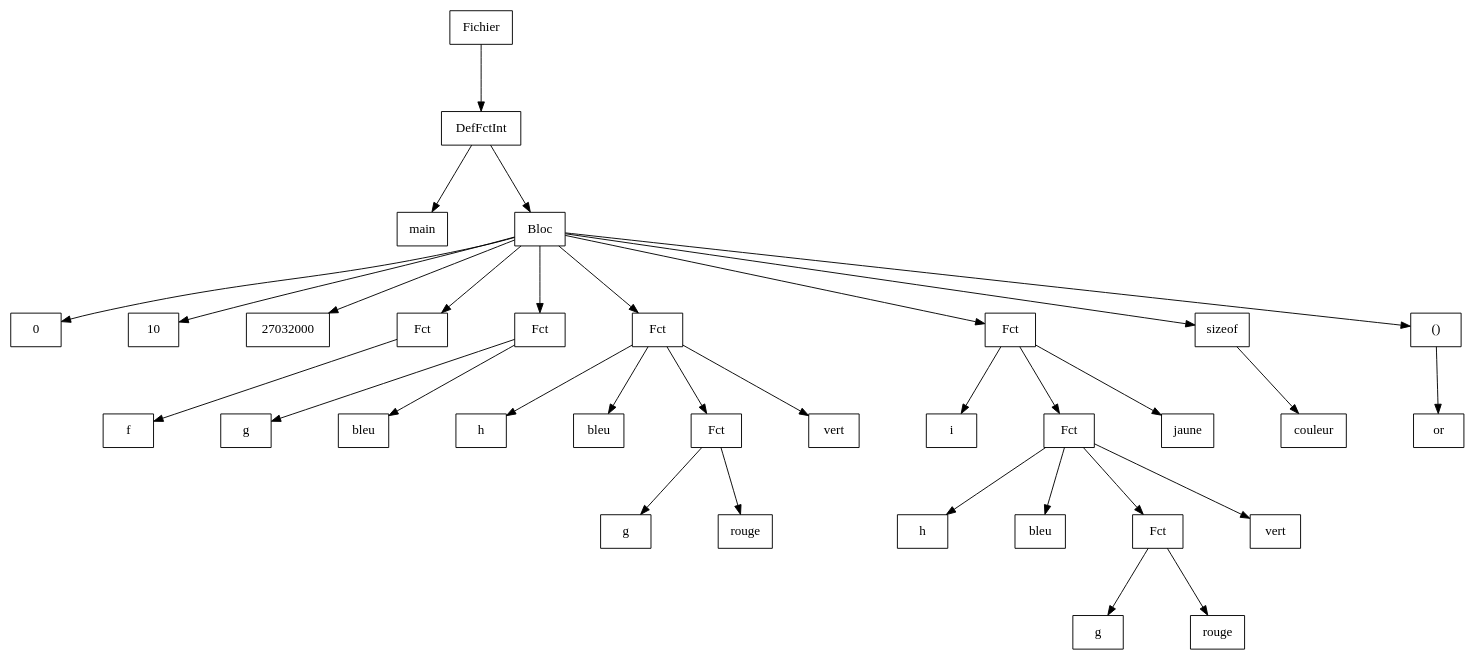
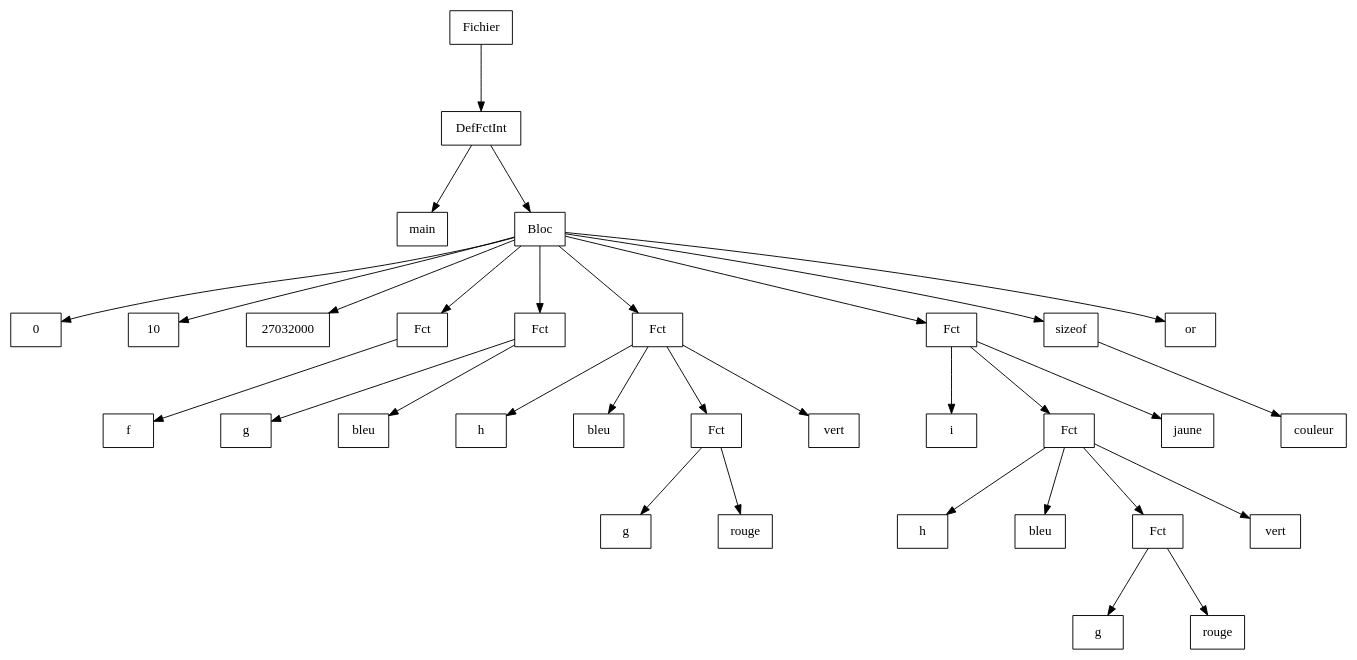
One commit to Hamza-ABDOULHOUSSEN/compil changed the diagram in Code/out/ast/dot/Test_Unaire/value.dot. Above: the diagram before and after it, drawn with Graphviz. The commit also changed 11 other files, not shown here.

```diff
--- a/Code/out/ast/dot/Test_Unaire/value.dot
+++ b/Code/out/ast/dot/Test_Unaire/value.dot
@@ -1,72 +1,70 @@
 digraph "ast"{
 
 	nodesep=1;
 	ranksep=1;
 
 	N0 [label="Fichier", shape="box"];
 	N1 [label="DefFctInt", shape="box"];
 	N2 [label="main", shape="box"];
 	N3 [label="Bloc", shape="box"];
 	N4 [label="0", shape="box"];
 	N5 [label="10", shape="box"];
 	N6 [label="27032000", shape="box"];
 	N7 [label="Fct", shape="box"];
 	N8 [label="f", shape="box"];
 	N9 [label="Fct", shape="box"];
 	N10 [label="g", shape="box"];
 	N11 [label="bleu", shape="box"];
 	N12 [label="Fct", shape="box"];
 	N13 [label="h", shape="box"];
 	N14 [label="bleu", shape="box"];
 	N15 [label="Fct", shape="box"];
 	N16 [label="g", shape="box"];
 	N17 [label="rouge", shape="box"];
 	N18 [label="vert", shape="box"];
 	N19 [label="Fct", shape="box"];
 	N20 [label="i", shape="box"];
 	N21 [label="Fct", shape="box"];
 	N22 [label="h", shape="box"];
 	N23 [label="bleu", shape="box"];
 	N24 [label="Fct", shape="box"];
 	N25 [label="g", shape="box"];
 	N26 [label="rouge", shape="box"];
 	N27 [label="vert", shape="box"];
 	N28 [label="jaune", shape="box"];
 	N29 [label="sizeof", shape="box"];
 	N30 [label="couleur", shape="box"];
-	N31 [label="()", shape="box"];
-	N32 [label="or", shape="box"];
+	N31 [label="or", shape="box"];
 
 	N1 -> N2; 
 	N3 -> N4; 
 	N3 -> N5; 
 	N3 -> N6; 
 	N7 -> N8; 
 	N3 -> N7; 
 	N9 -> N10; 
 	N9 -> N11; 
 	N3 -> N9; 
 	N12 -> N13; 
 	N12 -> N14; 
 	N15 -> N16; 
 	N15 -> N17; 
 	N12 -> N15; 
 	N12 -> N18; 
 	N3 -> N12; 
 	N19 -> N20; 
 	N21 -> N22; 
 	N21 -> N23; 
 	N24 -> N25; 
 	N24 -> N26; 
 	N21 -> N24; 
 	N21 -> N27; 
 	N19 -> N21; 
 	N19 -> N28; 
 	N3 -> N19; 
 	N29 -> N30; 
 	N3 -> N29; 
-	N31 -> N32; 
 	N3 -> N31; 
 	N1 -> N3; 
 	N0 -> N1; 
 }
```
